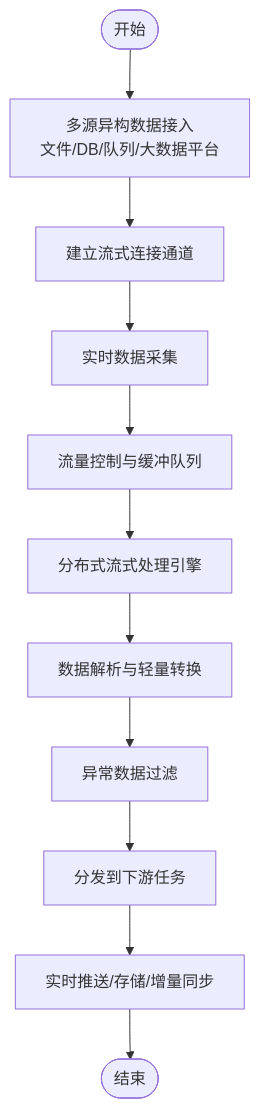
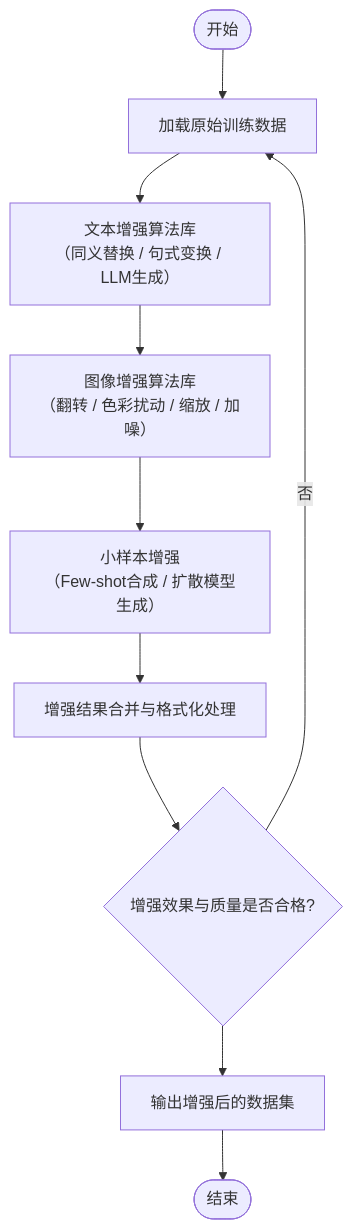
The diagram in all/未命名-1.md (dremup/iodraw-files), drawn with Mermaid before and after one commit.

Commit message:
2025-11-19 16:02:33 update

````diff
--- a/all/未命名-1.md
+++ b/all/未命名-1.md
@@ -1,27 +1,33 @@
 ```mermaid
 flowchart TD
 
-    %% ===== 开始 =====
     A([开始])
 
-    %% ===== 数据源接入（横向小扩展） =====
-    A --> B1[多源异构数据接入<br/>文件/DB/队列/大数据平台]
-    B1 --> B2[建立流式连接通道]
+    %% ===== 数据输入与准备 =====
+    A --> B[加载原始训练数据]
 
-    %% ===== 流式采集阶段（紧凑中段） =====
-    B2 --> C1[实时数据采集]
-    C1 --> C2[流量控制与缓冲队列]
+    %% ===== 区块一：文本增强 =====
+    B --> C1[文本增强算法库<br/>（同义替换 / 句式变换 / LLM生成）]
 
-    %% ===== 分布式处理主干流程（略向下展开） =====
-    C2 --> D1[分布式流式处理引擎]
-    D1 --> D2[数据解析与轻量转换]
-    D2 --> D3[异常数据过滤]
+    %% ===== 区块二：图像增强 =====
+    C1 --> C2[图像增强算法库<br/>（翻转 / 色彩扰动 / 缩放 / 加噪）]
 
-    %% ===== 数据分发（向右略扩展，美观） =====
-    D3 --> E1[分发到下游任务]
-    E1 --> E2[实时推送/存储/增量同步]
+    %% ===== 区块三：小样本增强 =====
+    C2 --> C3[小样本增强<br/>（Few-shot合成 / 扩散模型生成）]
 
-    %% ===== 结束 =====
-    E2 --> F([结束])
+    %% ===== 汇总处理 =====
+    C3 --> D[增强结果合并与格式化处理]
+
+    %% ===== 校验环节 =====
+    D --> E{增强效果与质量是否合格?}
+
+    %% ===== 不合格回环 =====
+    E -->|否| B
+
+    %% ===== 合格输出 =====
+    E --> F[输出增强后的数据集]
+
+    F --> G([结束])
+
 
 ```
````
